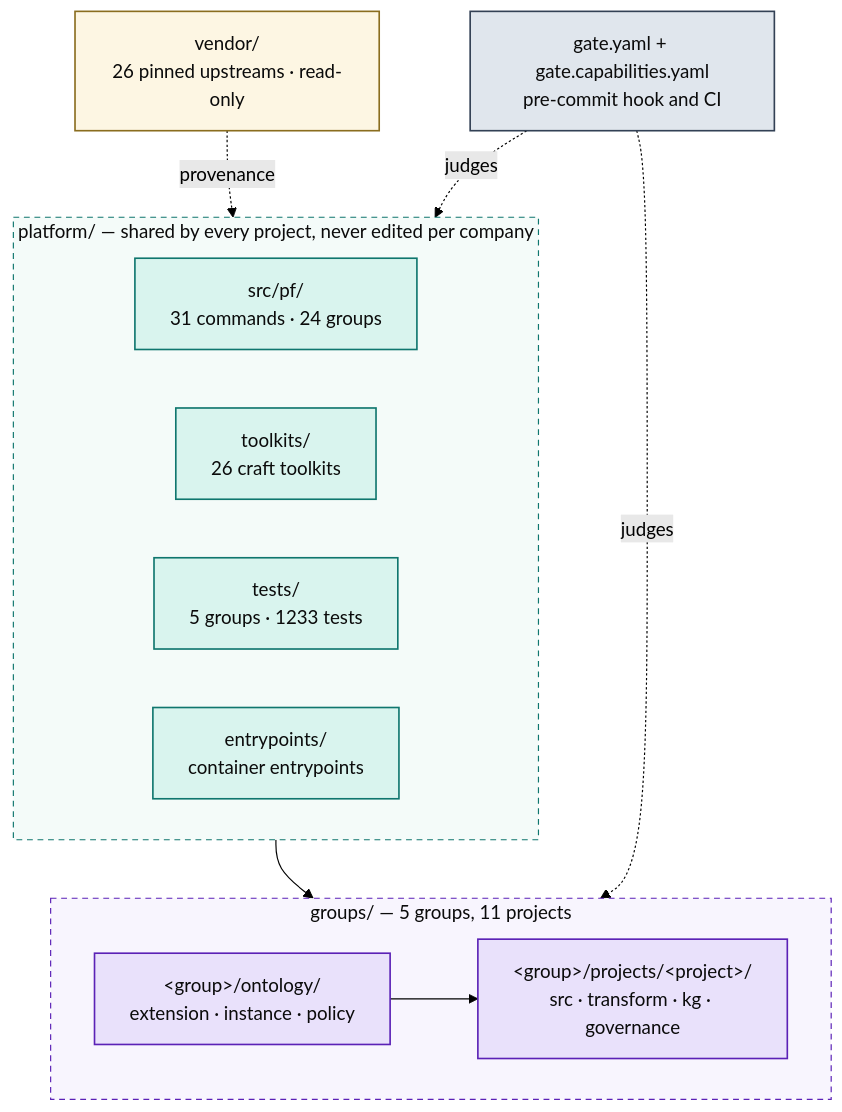
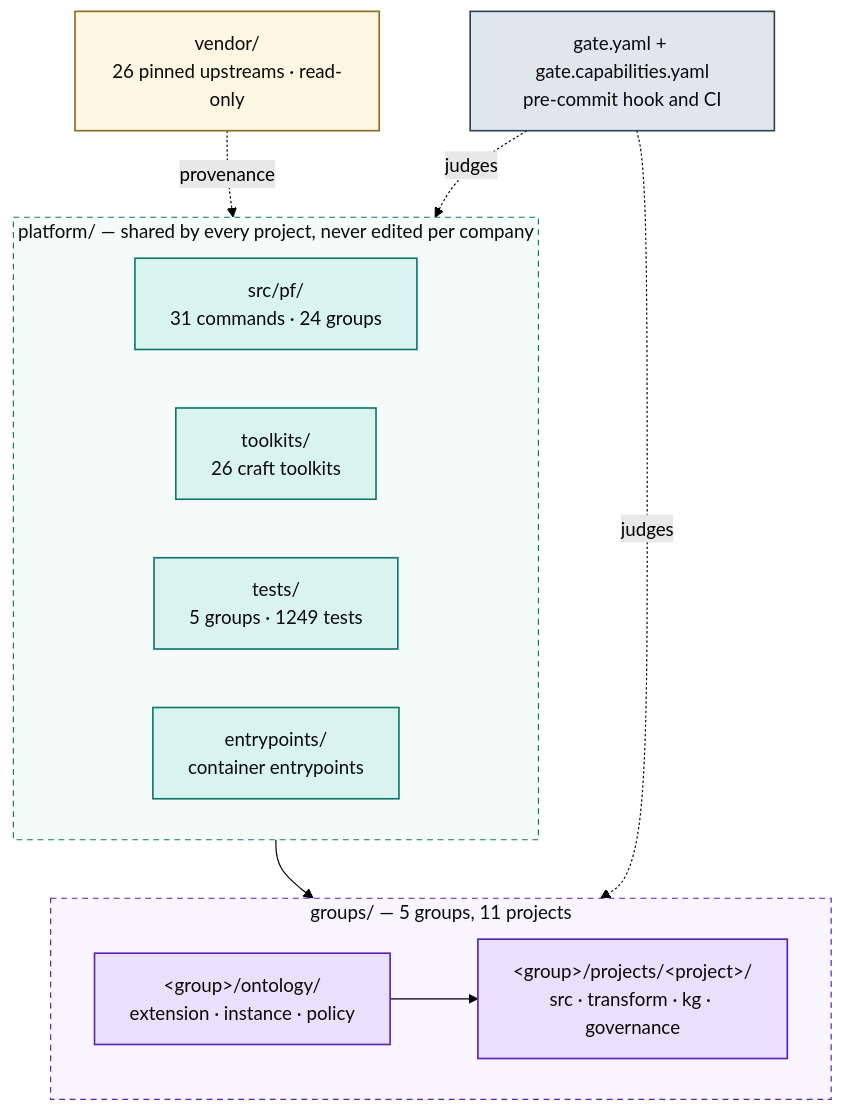
One commit to Atomz-org/data-platform changed the first of 5 diagrams in docs/ARCHITECTURE.md. Above: the diagram before and after it, drawn with Mermaid (forest theme). The commit also changed other lines of this file and 5 other files, not shown here.

````diff
--- a/docs/ARCHITECTURE.md
+++ b/docs/ARCHITECTURE.md
@@ -15,36 +15,36 @@
 ```mermaid
 flowchart TB
   subgraph SHARED["platform/ — shared by every project, never edited per company"]
     direction LR
     ENG["src/pf/<br/>31 commands · 24 groups"]
     TK["toolkits/<br/>26 craft toolkits"]
-    TST["tests/<br/>5 groups · 1233 tests"]
+    TST["tests/<br/>5 groups · 1249 tests"]
     ENT["entrypoints/<br/>container entrypoints"]
   end
 
   subgraph ENTITIES["groups/ — 5 groups, 11 projects"]
     direction LR
     GRP["&lt;group&gt;/ontology/<br/>extension · instance · policy"]
     PRJ["&lt;group&gt;/projects/&lt;project&gt;/<br/>src · transform · kg · governance"]
     GRP --> PRJ
   end
 
   VEN["vendor/<br/>26 pinned upstreams · read-only"]
   GATE["gate.yaml + gate.capabilities.yaml<br/>pre-commit hook and CI"]
 
   SHARED --> ENTITIES
   VEN -.provenance.-> SHARED
   GATE -.judges.-> ENTITIES
   GATE -.judges.-> SHARED
 
   classDef code fill:#d9f4ee,stroke:#0f766e,stroke-width:1.4px,color:#0b0b0b
   classDef data fill:#e9e1fb,stroke:#5b21b6,stroke-width:1.4px,color:#0b0b0b
   classDef gov fill:#e0e6ed,stroke:#334155,stroke-width:1.4px,color:#0b0b0b
   classDef ext fill:#fdf6e3,stroke:#8a6d1f,stroke-width:1.4px,color:#0b0b0b
   class ENG,TK,TST,ENT code
   class GRP,PRJ data
   class GATE gov
   class VEN ext
   style SHARED fill:#f4fbf9,stroke:#0f766e,stroke-dasharray:5 4,color:#0b0b0b
   style ENTITIES fill:#f8f5fe,stroke:#5b21b6,stroke-dasharray:5 4,color:#0b0b0b
 ```
````
